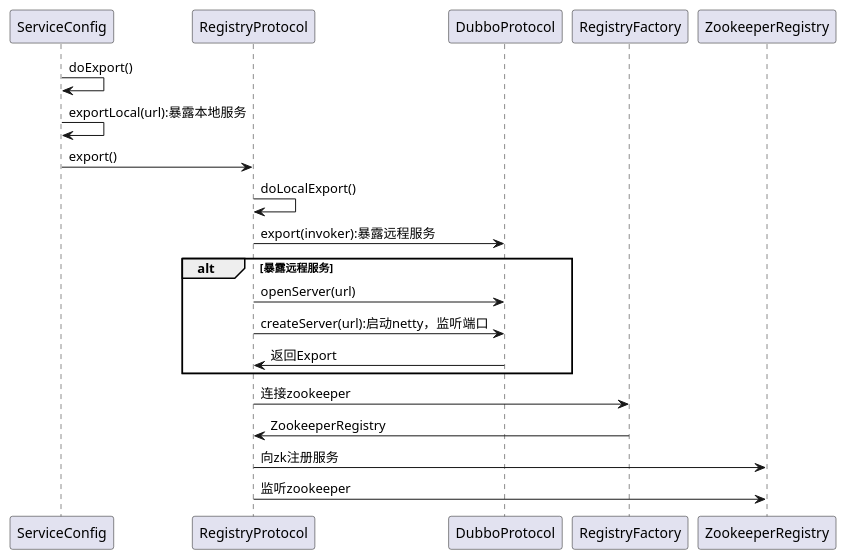
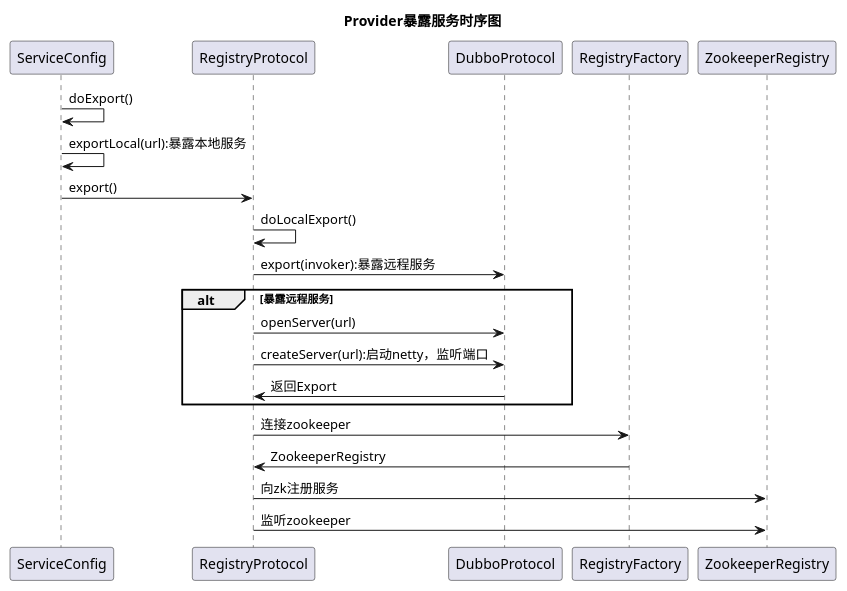
Before and after one commit to newbigTech/myDesignPattern: the diagram in uml/dubbo/protocol-export-invoker-sequence2.puml, drawn with PlantUML.

Commit message:
uml图

```diff
--- a/uml/dubbo/protocol-export-invoker-sequence2.puml
+++ b/uml/dubbo/protocol-export-invoker-sequence2.puml
@@ -1,24 +1,25 @@
 @startuml
 participant "ServiceConfig"                 as ServiceConfig
 participant "RegistryProtocol"              as RegistryProtocol
 participant "DubboProtocol"                 as DubboProtocol
 'participant "RegistryFactory"                 as RegistryFactory
 'participant "AbstractProxyFactory"         as AbstractProxyFactory
 'participant "InvokerInvocationHandler"     as InvokerInvocationHandler
 'participant "DubboExporter"                as DubboExporter
 
+title Provider暴露服务时序图
 ServiceConfig -> ServiceConfig:doExport()
 ServiceConfig -> ServiceConfig:exportLocal(url):暴露本地服务
 ServiceConfig -> RegistryProtocol:export()
 RegistryProtocol -> RegistryProtocol:doLocalExport()
 RegistryProtocol -> DubboProtocol:export(invoker):暴露远程服务
     alt 暴露远程服务
     RegistryProtocol -> DubboProtocol:openServer(url)
     RegistryProtocol -> DubboProtocol:createServer(url):启动netty，监听端口
     RegistryProtocol <- DubboProtocol:返回Export
     end
 RegistryProtocol -> RegistryFactory:连接zookeeper
 RegistryProtocol <- RegistryFactory:ZookeeperRegistry
 RegistryProtocol -> ZookeeperRegistry:向zk注册服务
 RegistryProtocol -> ZookeeperRegistry:监听zookeeper
 @enduml
```
